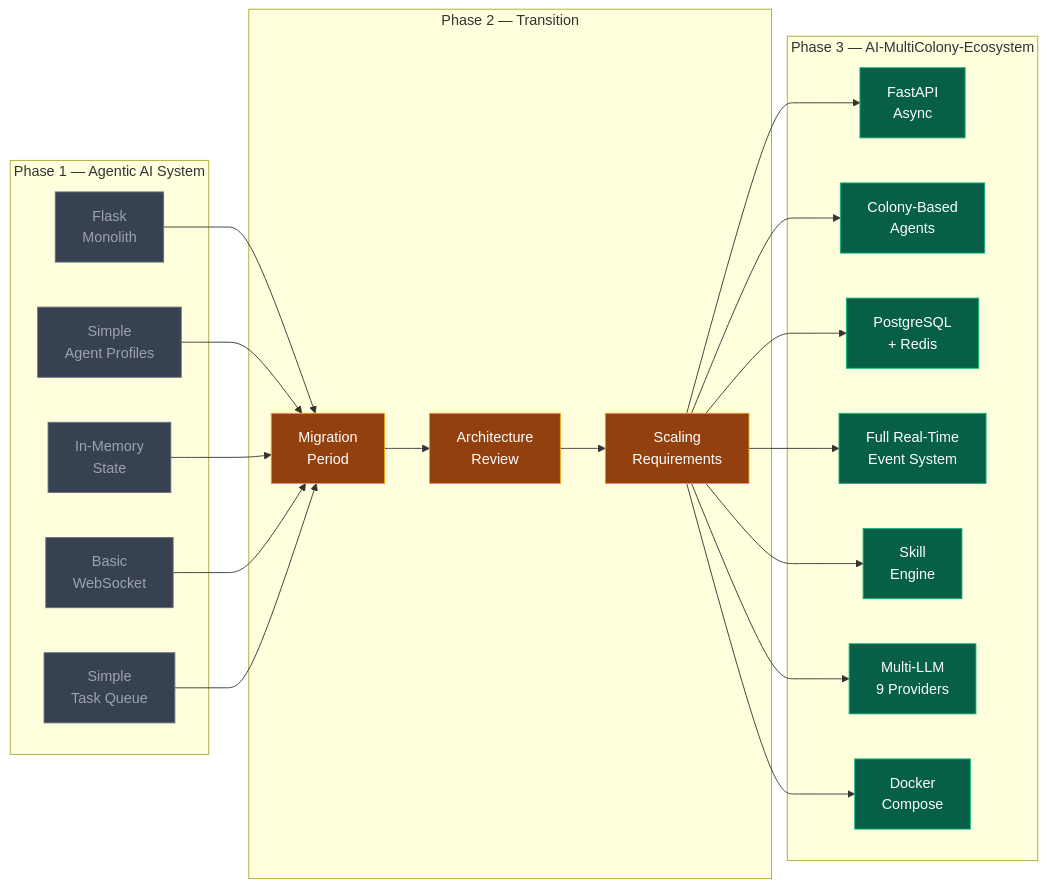
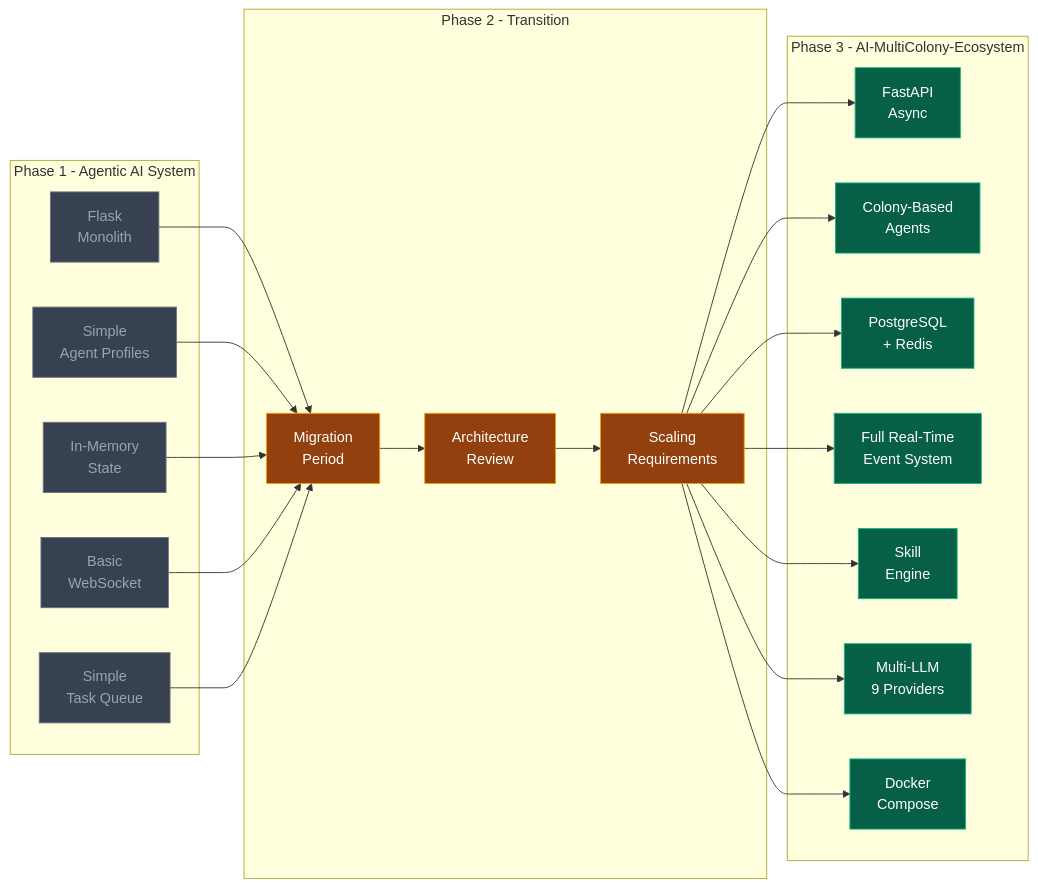
One commit to eemdeexyz/Agentic-AI-System changed the second of 3 diagrams in README.md. Above: the diagram before and after it, drawn with Mermaid. The commit also changed other lines of this file, not shown here.

Commit message:
🎨 Upgrade: banner image + fixed Mermaid + animations + flow diagrams

````diff
--- a/README.md
+++ b/README.md
@@ -98,61 +114,61 @@
 ```mermaid
 flowchart LR
-    subgraph "Phase 1 — Agentic AI System"
+    subgraph PHASE1["Phase 1 - Agentic AI System"]
         Flask["Flask<br/>Monolith"]
         SimpleAgents["Simple<br/>Agent Profiles"]
         InMemory["In-Memory<br/>State"]
         BasicWS["Basic<br/>WebSocket"]
         TaskQ["Simple<br/>Task Queue"]
     end
 
-    subgraph "Phase 2 — Transition"
+    subgraph PHASE2["Phase 2 - Transition"]
         Migration["Migration<br/>Period"]
         DesignReview["Architecture<br/>Review"]
         RequirementScale["Scaling<br/>Requirements"]
     end
 
-    subgraph "Phase 3 — AI-MultiColony-Ecosystem"
+    subgraph PHASE3["Phase 3 - AI-MultiColony-Ecosystem"]
         FastAPI["FastAPI<br/>Async"]
         ColonyAgents["Colony-Based<br/>Agents"]
         Postgres["PostgreSQL<br/>+ Redis"]
         FullWS["Full Real-Time<br/>Event System"]
         SkillEngine["Skill<br/>Engine"]
         MultiLLM["Multi-LLM<br/>9 Providers"]
         Docker["Docker<br/>Compose"]
     end
 
     Flask --> Migration
     SimpleAgents --> Migration
     InMemory --> Migration
     BasicWS --> Migration
     TaskQ --> Migration
 
     Migration --> DesignReview
     DesignReview --> RequirementScale
 
     RequirementScale --> FastAPI
     RequirementScale --> ColonyAgents
     RequirementScale --> Postgres
     RequirementScale --> FullWS
     RequirementScale --> SkillEngine
     RequirementScale --> MultiLLM
     RequirementScale --> Docker
 
     style Flask fill:#374151,stroke:#6b7280,color:#9ca3af
     style SimpleAgents fill:#374151,stroke:#6b7280,color:#9ca3af
     style InMemory fill:#374151,stroke:#6b7280,color:#9ca3af
     style BasicWS fill:#374151,stroke:#6b7280,color:#9ca3af
     style TaskQ fill:#374151,stroke:#6b7280,color:#9ca3af
 
     style FastAPI fill:#065f46,stroke:#10b981,color:#fff
     style ColonyAgents fill:#065f46,stroke:#10b981,color:#fff
     style Postgres fill:#065f46,stroke:#10b981,color:#fff
     style FullWS fill:#065f46,stroke:#10b981,color:#fff
     style SkillEngine fill:#065f46,stroke:#10b981,color:#fff
     style MultiLLM fill:#065f46,stroke:#10b981,color:#fff
     style Docker fill:#065f46,stroke:#10b981,color:#fff
 
     style Migration fill:#92400e,stroke:#f59e0b,color:#fff
     style DesignReview fill:#92400e,stroke:#f59e0b,color:#fff
     style RequirementScale fill:#92400e,stroke:#f59e0b,color:#fff
 ```
````
